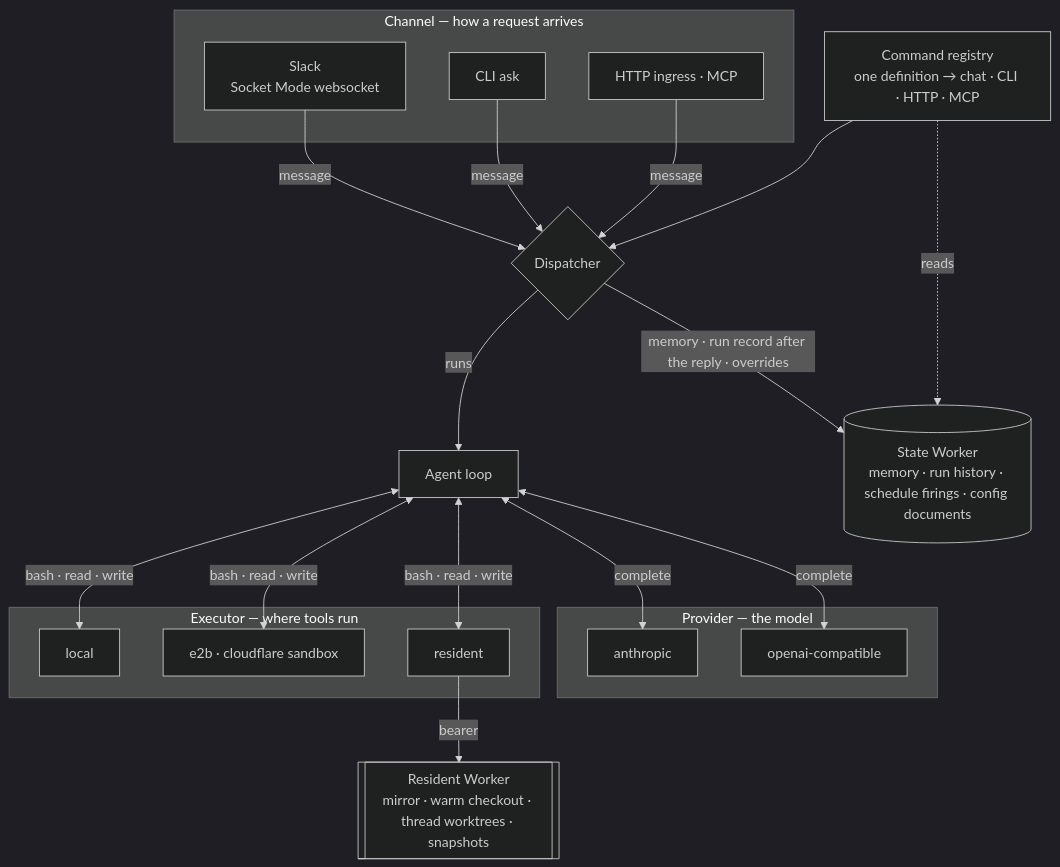
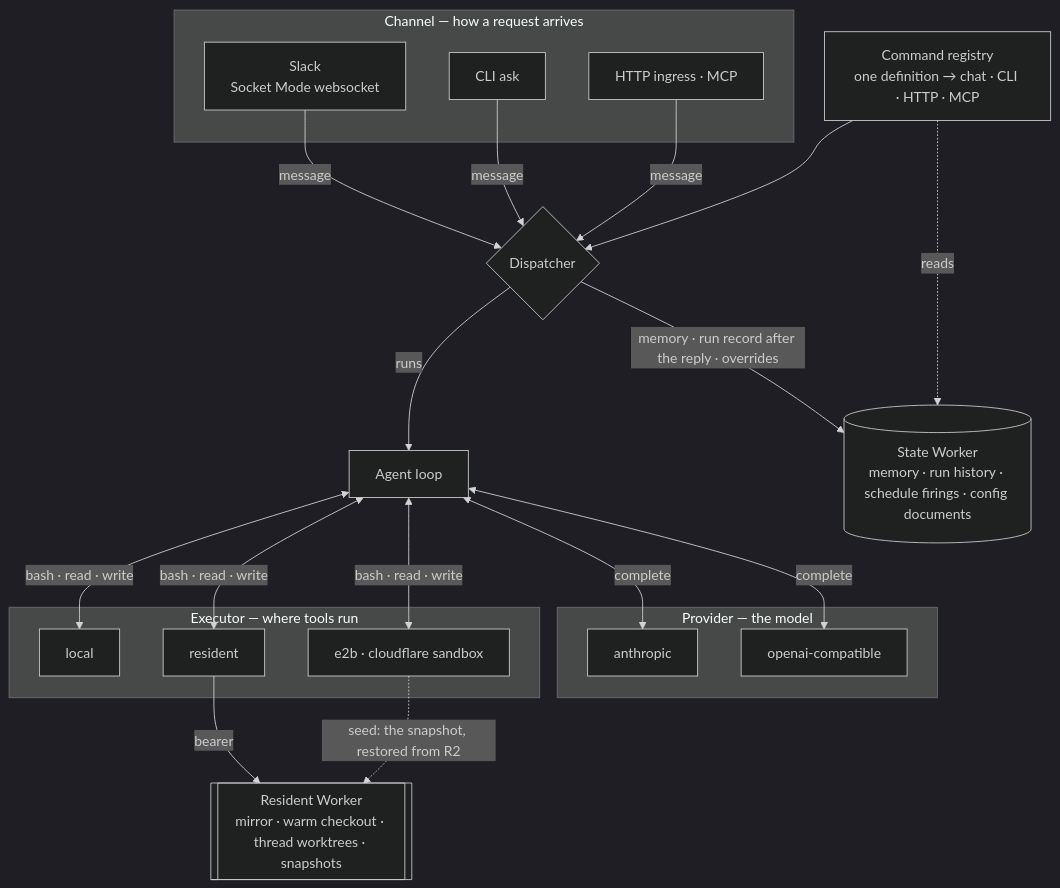
One commit to coreplanelabs/switchboard changed the first of 3 diagrams in docs/explanation/worker-topology.md. Above: the diagram before and after it, drawn with Mermaid (dark theme). The commit also changed other lines of this file and 15 other files, not shown here.

````diff
--- a/docs/explanation/worker-topology.md
+++ b/docs/explanation/worker-topology.md
@@ -16,35 +16,36 @@
 ```mermaid
 flowchart TB
     subgraph channels ["Channel — how a request arrives"]
         SL["Slack<br/>Socket Mode websocket"]
         CLI["CLI ask"]
         ING["HTTP ingress · MCP"]
     end
 
     D{"Dispatcher"}
     CR["Command registry<br/>one definition → chat · CLI · HTTP · MCP"]
     RUN["Agent loop"]
 
     subgraph providers ["Provider — the model"]
         A["anthropic"]
         O["openai-compatible"]
     end
 
     subgraph exec ["Executor — where tools run"]
         LX["local"]
         EX["e2b · cloudflare sandbox"]
         RX["resident"]
     end
 
     SW[("State Worker<br/>memory · run history · schedule firings · config documents")]
     RW[["Resident Worker<br/>mirror · warm checkout · thread worktrees · snapshots"]]
 
     SL & CLI & ING -->|"message"| D
     CR --> D
     D -->|"runs"| RUN
     RUN <-->|"complete"| A & O
     RUN <-->|"bash · read · write"| LX & EX & RX
     RX -->|"bearer"| RW
+    EX -.->|"seed: the snapshot, restored from R2"| RW
     D -->|"memory · run record after the reply · overrides"| SW
     CR -.->|"reads"| SW
 ```
````
